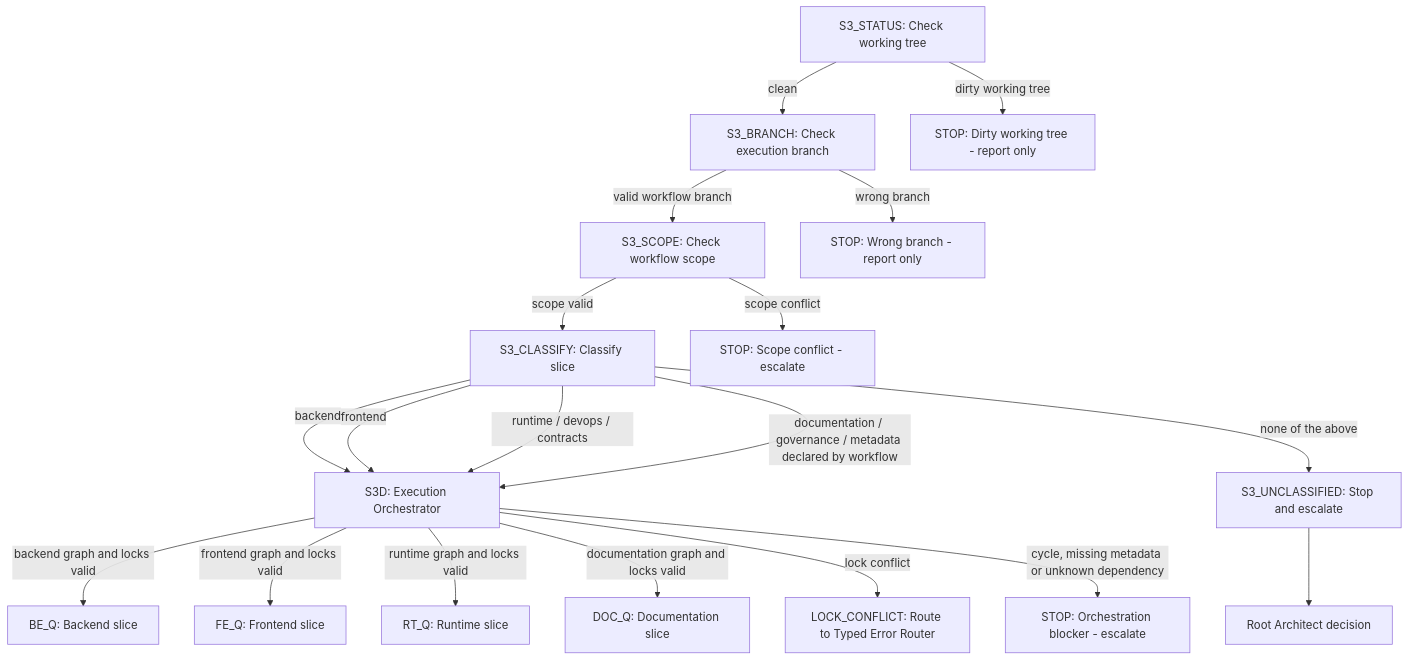
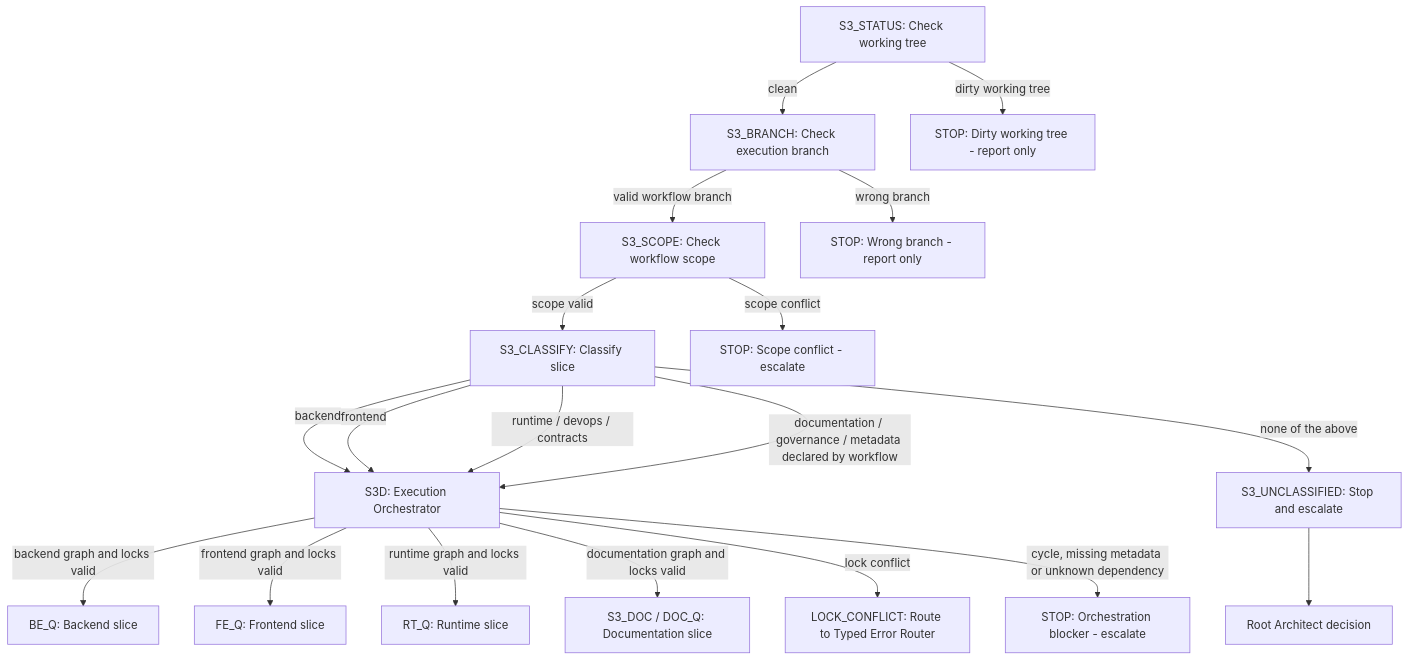
The first of 3 diagrams in docs/process/workflow-execute.md (MatthiasBurger-Coder/forensic_analytics), drawn with Mermaid before and after one commit. The commit also changed other lines of this file and 15 other files, not shown here.

First line of the commit message:
docs(slice-12): split documentation governance nodes

````diff
--- a/docs/process/workflow-execute.md
+++ b/docs/process/workflow-execute.md
@@ -21,21 +27,21 @@
 ```mermaid
 flowchart TD
   S3_STATUS["S3_STATUS: Check working tree"] -->|clean| S3_BRANCH["S3_BRANCH: Check execution branch"]
   S3_STATUS -->|dirty working tree| S3_STOP_STATUS["STOP: Dirty working tree - report only"]
   S3_BRANCH -->|valid workflow branch| S3_SCOPE["S3_SCOPE: Check workflow scope"]
   S3_BRANCH -->|wrong branch| S3_STOP_BRANCH["STOP: Wrong branch - report only"]
   S3_SCOPE -->|scope valid| S3_CLASSIFY["S3_CLASSIFY: Classify slice"]
   S3_SCOPE -->|scope conflict| S3_STOP_SCOPE["STOP: Scope conflict - escalate"]
   S3_CLASSIFY -->|backend| S3D["S3D: Execution Orchestrator"]
   S3_CLASSIFY -->|frontend| S3D
   S3_CLASSIFY -->|runtime / devops / contracts| S3D
   S3_CLASSIFY -->|documentation / governance / metadata declared by workflow| S3D
   S3_CLASSIFY -->|none of the above| S3_UNCLASSIFIED["S3_UNCLASSIFIED: Stop and escalate"]
   S3_UNCLASSIFIED --> ROOT_ARCHITECT["Root Architect decision"]
   S3D -->|backend graph and locks valid| BE_Q["BE_Q: Backend slice"]
   S3D -->|frontend graph and locks valid| FE_Q["FE_Q: Frontend slice"]
   S3D -->|runtime graph and locks valid| RT_Q["RT_Q: Runtime slice"]
-  S3D -->|documentation graph and locks valid| DOC_Q["DOC_Q: Documentation slice"]
+  S3D -->|documentation graph and locks valid| DOC_Q["S3_DOC / DOC_Q: Documentation slice"]
   S3D -->|lock conflict| S3D_LOCK_CONFLICT["LOCK_CONFLICT: Route to Typed Error Router"]
   S3D -->|cycle, missing metadata or unknown dependency| S3D_STOP["STOP: Orchestration blocker - escalate"]
 ```
````
